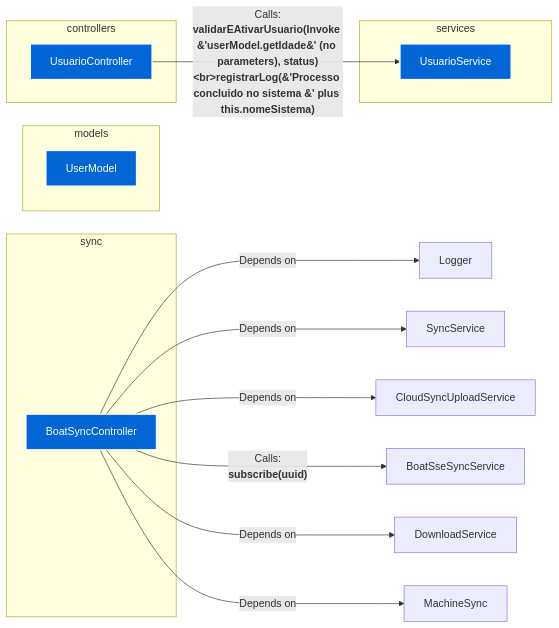
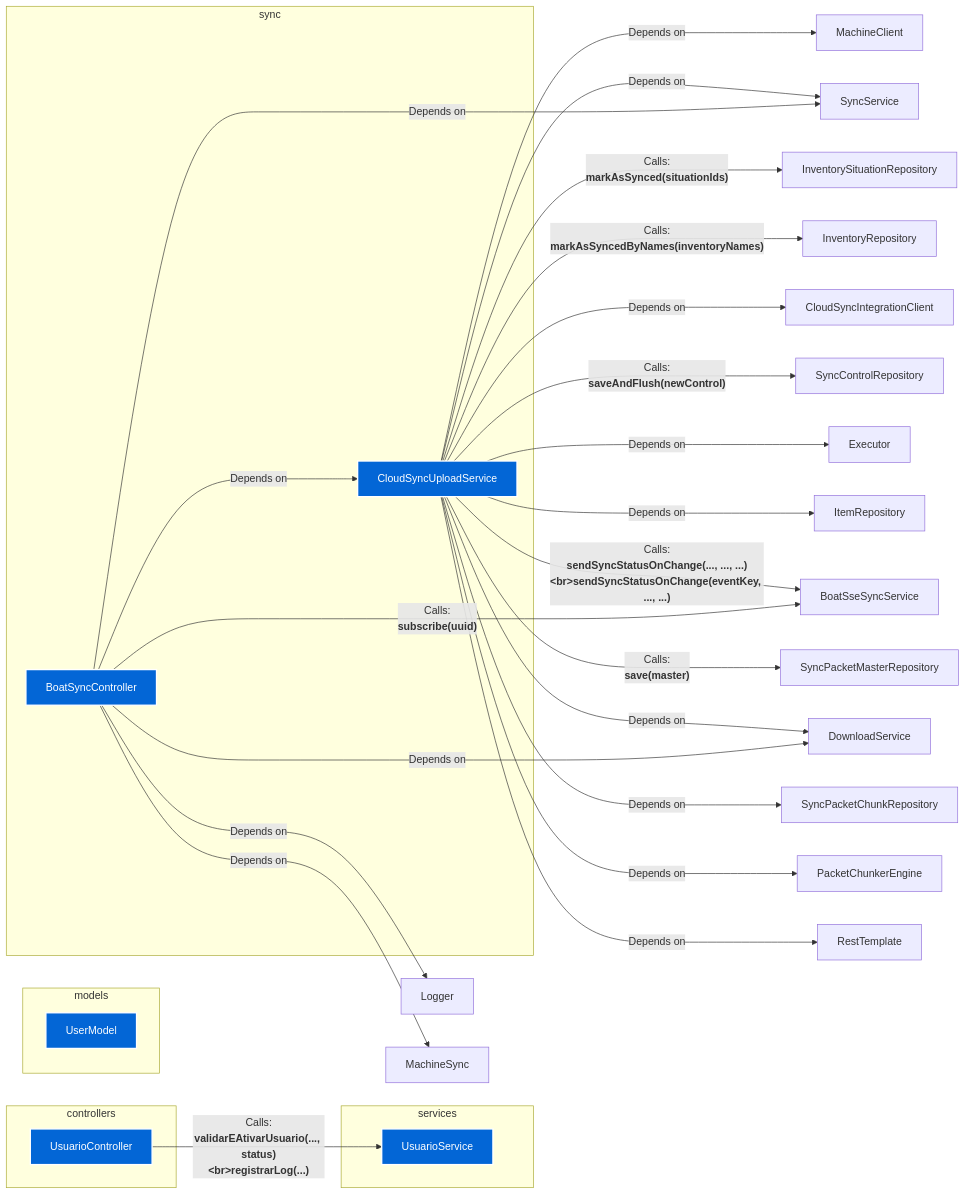
The diagram in docs/00_Architecture_Overview.md (FelipeMCassiano/geanky), drawn with Mermaid before and after one commit. The commit also changed 4 other files, not shown here.

````diff
--- a/docs/00_Architecture_Overview.md
+++ b/docs/00_Architecture_Overview.md
@@ -32,6 +32,8 @@
         
         BoatSyncController["BoatSyncController"]:::classNode
         
+        CloudSyncUploadService["CloudSyncUploadService"]:::classNode
+        
     end
     
 
@@ -48,7 +50,7 @@
         
         
         
-            UsuarioController -->|"Calls:<br><b>validarEAtivarUsuario(Invoke &#39;userModel.getIdade&#39; (no parameters), status)&lt;br&gt;registrarLog(&#39;Processo concluido no sistema &#39; plus this.nomeSistema)</b>"| UsuarioService
+            UsuarioController -->|"Calls:<br><b>validarEAtivarUsuario(..., status)&lt;br&gt;registrarLog(...)</b>"| UsuarioService
         
 
     
@@ -137,4 +139,155 @@
     
     
     
+    
+    
+    
+    
+    
+        
+        
+        
+        
+            CloudSyncUploadService -->|"Depends on"| MachineClient
+        
+
+    
+    
+    
+        
+        
+        
+        
+            CloudSyncUploadService -->|"Calls:<br><b>markAsSynced(situationIds)</b>"| InventorySituationRepository
+        
+
+    
+    
+    
+        
+        
+        
+        
+            CloudSyncUploadService -->|"Calls:<br><b>markAsSyncedByNames(inventoryNames)</b>"| InventoryRepository
+        
+
+    
+    
+    
+        
+        
+        
+        
+            CloudSyncUploadService -->|"Depends on"| SyncService
+        
+
+    
+    
+    
+        
+        
+        
+        
+            CloudSyncUploadService -->|"Depends on"| CloudSyncIntegrationClient
+        
+
+    
+    
+    
+        
+        
+        
+        
+            CloudSyncUploadService -->|"Calls:<br><b>saveAndFlush(newControl)</b>"| SyncControlRepository
+        
+
+    
+    
+    
+        
+        
+        
+        
+            CloudSyncUploadService -->|"Calls:<br><b>sendSyncStatusOnChange(..., ..., ...)&lt;br&gt;sendSyncStatusOnChange(eventKey, ..., ...)</b>"| BoatSseSyncService
+        
+
+    
+    
+    
+        
+        
+        
+        
+            CloudSyncUploadService -->|"Depends on"| DownloadService
+        
+
+    
+    
+    
+        
+        
+        
+        
+            CloudSyncUploadService -->|"Depends on"| Executor
+        
+
+    
+    
+    
+        
+        
+        
+        
+            CloudSyncUploadService -->|"Depends on"| ItemRepository
+        
+
+    
+    
+    
+        
+        
+        
+        
+            CloudSyncUploadService -->|"Calls:<br><b>save(master)</b>"| SyncPacketMasterRepository
+        
+
+    
+    
+    
+        
+        
+        
+        
+            CloudSyncUploadService -->|"Depends on"| SyncPacketChunkRepository
+        
+
+    
+    
+    
+        
+        
+        
+        
+            CloudSyncUploadService -->|"Depends on"| PacketChunkerEngine
+        
+
+    
+    
+    
+        
+        
+        
+        
+            CloudSyncUploadService -->|"Depends on"| RestTemplate
+        
+
+    
+    
+    
+    
+    
+    
+    
+    
+    
 ```
````
